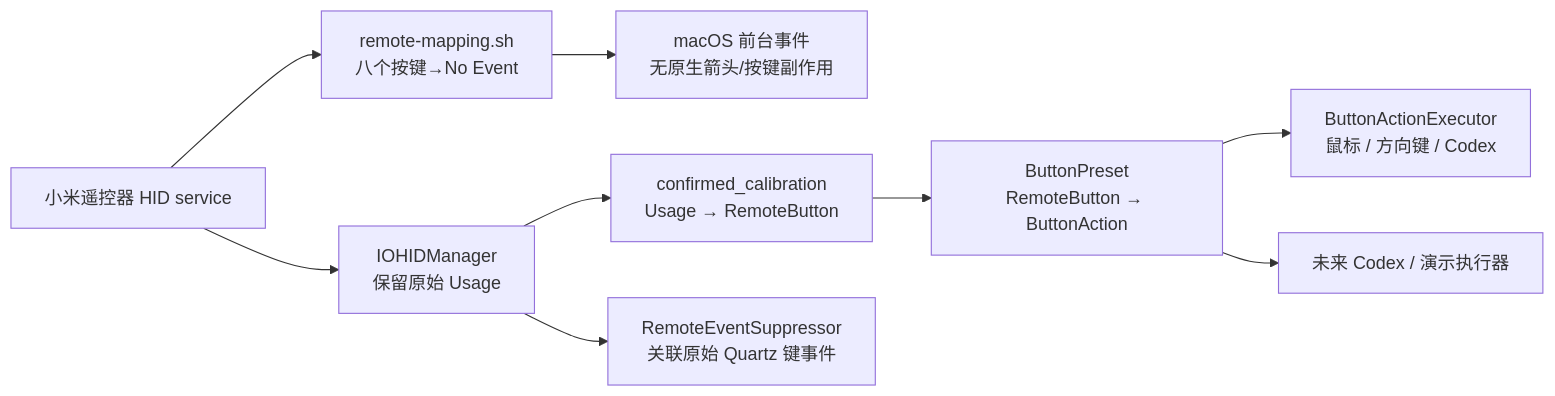
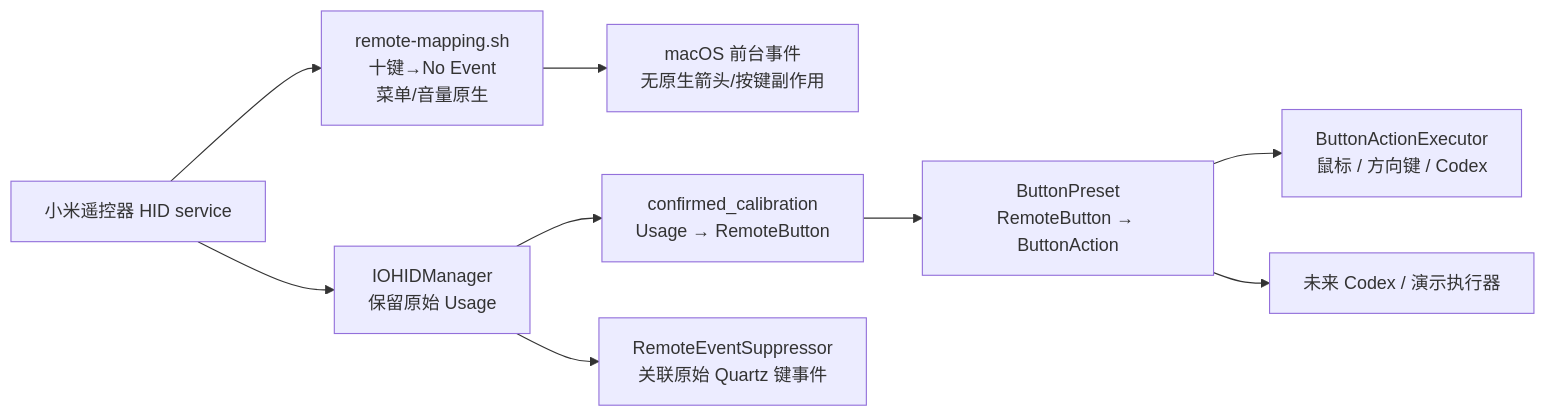
Before and after one commit to fanxeon/mi-ao: the diagram in docs/ARCHITECTURE.md, drawn with Mermaid. The commit also changed other lines of this file and 16 other files, not shown here.

````diff
--- a/docs/ARCHITECTURE.md
+++ b/docs/ARCHITECTURE.md
@@ -19,11 +19,11 @@
 ```mermaid
 flowchart LR
     REMOTE["小米遥控器 HID service"] --> HID["IOHIDManager<br/>保留原始 Usage"]
-    REMOTE --> NEUTRAL["remote-mapping.sh<br/>八个按键→No Event"]
+    REMOTE --> NEUTRAL["remote-mapping.sh<br/>十键→No Event<br/>菜单/音量原生"]
     NEUTRAL --> MACOS["macOS 前台事件<br/>无原生箭头/按键副作用"]
     HID --> CAL["confirmed_calibration<br/>Usage → RemoteButton"]
     CAL --> PRESET["ButtonPreset<br/>RemoteButton → ButtonAction"]
     PRESET --> EXECUTOR["ButtonActionExecutor<br/>鼠标 / 方向键 / Codex"]
     PRESET --> FUTURE["未来 Codex / 演示执行器"]
     HID --> SUPPRESS["RemoteEventSuppressor<br/>关联原始 Quartz 键事件"]
 ```
````
